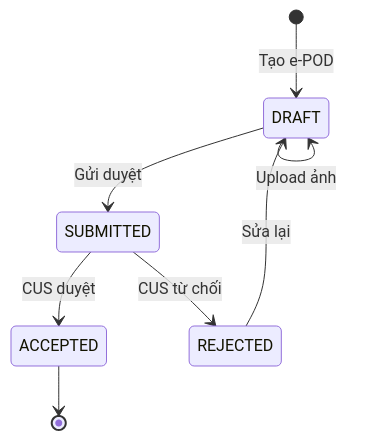
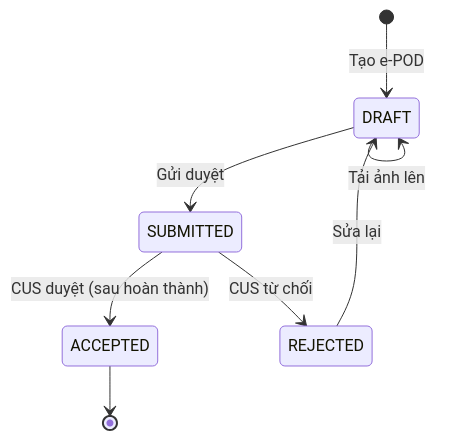
Before and after one commit to 4rankng/silversea: the sixth of 7 diagrams in docs/prd/quy-trinh-cus-dieuvan-laixe.md, drawn with Mermaid. The commit also changed other lines of this file, not shown here.

````diff
--- a/docs/prd/quy-trinh-cus-dieuvan-laixe.md
+++ b/docs/prd/quy-trinh-cus-dieuvan-laixe.md
@@ -202,10 +206,10 @@
 ```mermaid
 stateDiagram-v2
     [*] --> DRAFT : Tạo e-POD
-    DRAFT --> DRAFT : Upload ảnh
+    DRAFT --> DRAFT : Tải ảnh lên
     DRAFT --> SUBMITTED : Gửi duyệt
-    SUBMITTED --> ACCEPTED : CUS duyệt
+    SUBMITTED --> ACCEPTED : CUS duyệt (sau hoàn thành)
     SUBMITTED --> REJECTED : CUS từ chối
     REJECTED --> DRAFT : Sửa lại
     ACCEPTED --> [*]
 ```
````
